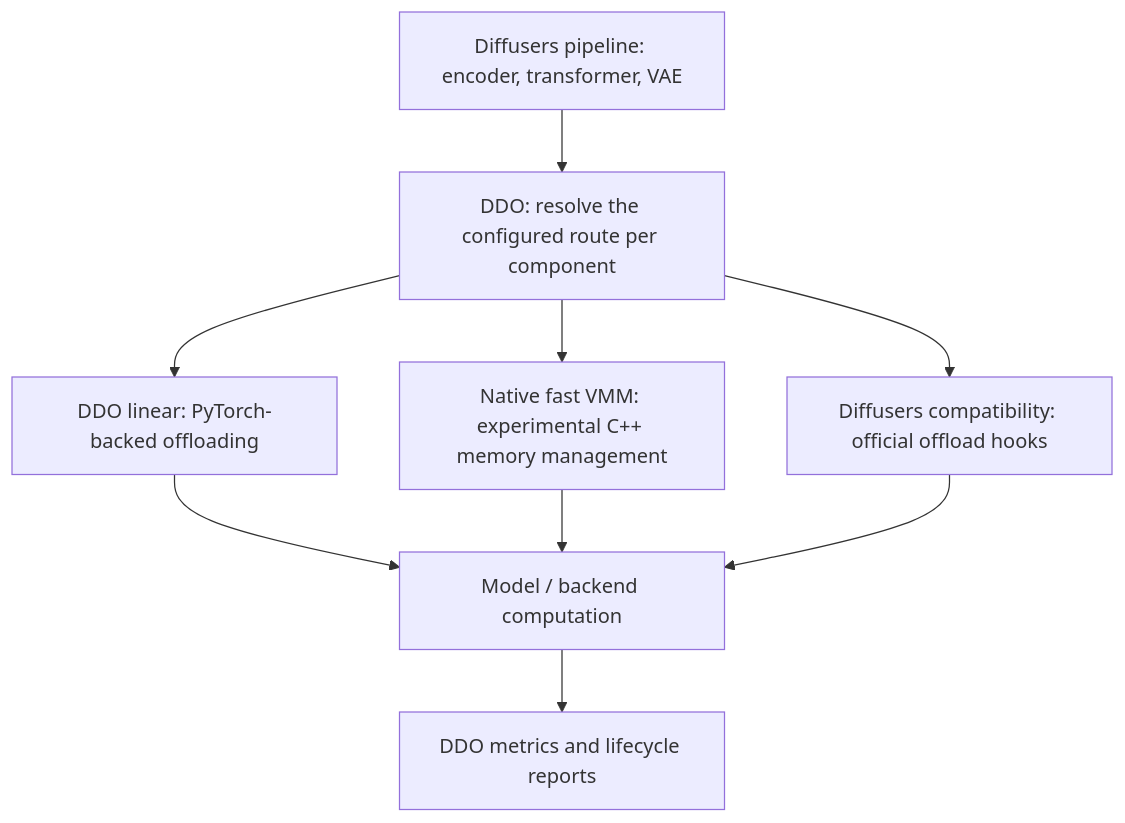
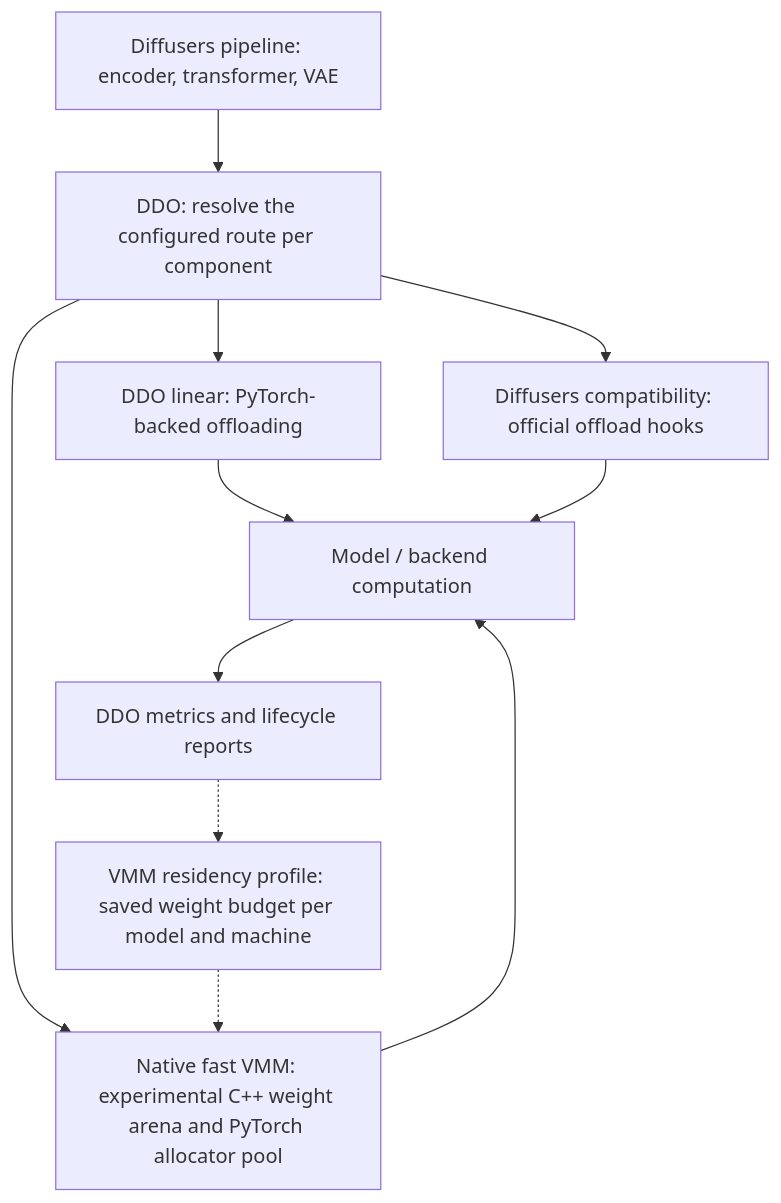
The diagram in README.md (DEVAIEXP/diffusers-dynamic-offloader), drawn with Mermaid before and after one commit. The commit also changed other lines of this file and 1 other file, not shown here.

First line of the commit message:
docs: show the allocator pool and residency profile in the diagrams

````diff
--- a/README.md
+++ b/README.md
@@ -49,13 +49,15 @@
 ```mermaid
 flowchart TB
     pipeline["Diffusers pipeline: encoder, transformer, VAE"]
     policy["DDO: resolve the configured route per component"]
     pipeline --> policy
     policy --> linear["DDO linear: PyTorch-backed offloading"]
-    policy --> native["Native fast VMM: experimental C++ memory management"]
+    policy --> native["Native fast VMM: experimental C++ weight arena and PyTorch allocator pool"]
     policy --> compat["Diffusers compatibility: official offload hooks"]
+    profile["VMM residency profile: saved weight budget per model and machine"] -.-> native
     linear --> compute["Model / backend computation"]
     native --> compute
     compat --> compute
     compute --> reports["DDO metrics and lifecycle reports"]
+    reports -.-> profile
 ```
````
